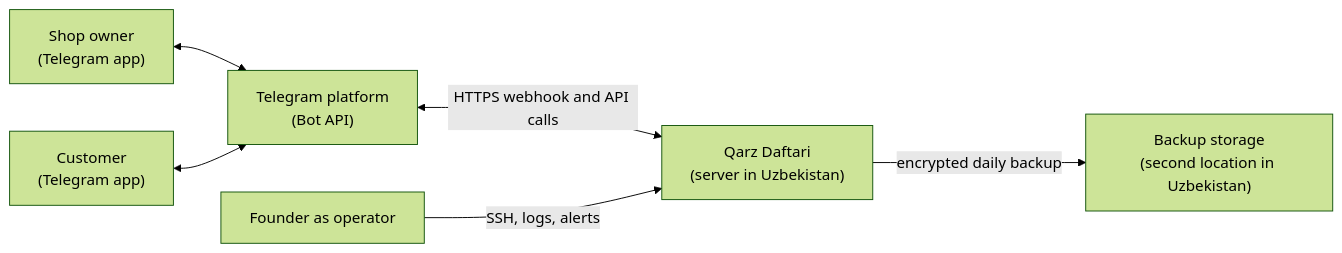
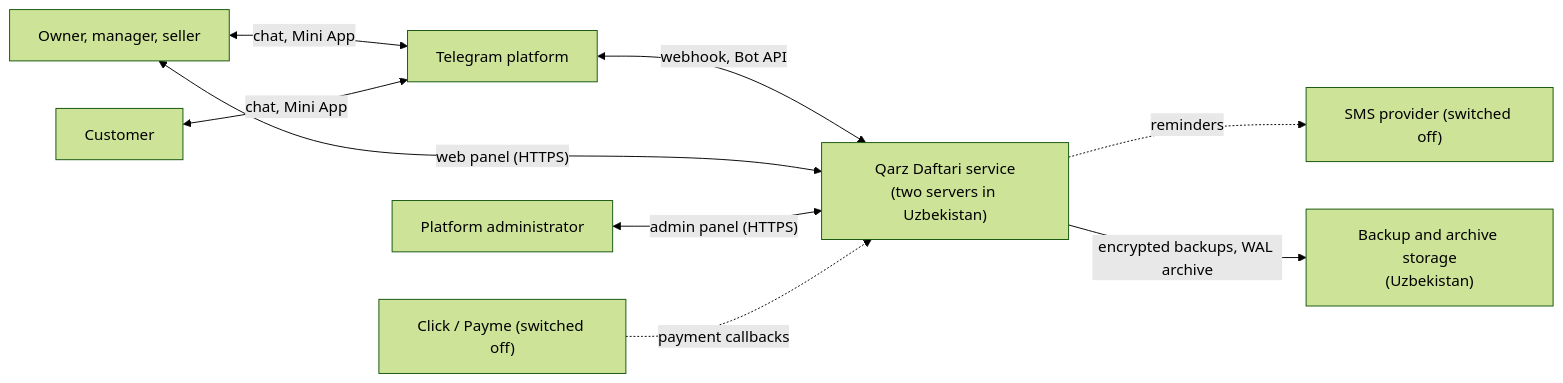
Before and after one commit to menarzullayev/qarz-daftari: the diagram in docs/06-architecture/OUTPUT.md, drawn with Mermaid (forest theme). The commit also changed other lines of this file and 21 other files, not shown here.

````diff
--- a/docs/06-architecture/OUTPUT.md
+++ b/docs/06-architecture/OUTPUT.md
@@ -12,15 +10,20 @@
 ```mermaid
 flowchart LR
-    Owner["Shop owner<br/>(Telegram app)"]
-    Customer["Customer<br/>(Telegram app)"]
-    TG["Telegram platform<br/>(Bot API)"]
-    QD["Qarz Daftari<br/>(server in Uzbekistan)"]
-    Operator["Founder as operator"]
-    Backup["Backup storage<br/>(second location in Uzbekistan)"]
+    Staff["Owner, manager, seller"]
+    Customer["Customer"]
+    Admin["Platform administrator"]
+    TG["Telegram platform"]
+    SMS["SMS provider (switched off)"]
+    Pay["Click / Payme (switched off)"]
+    QD["Qarz Daftari service<br/>(two servers in Uzbekistan)"]
+    Store["Backup and archive storage<br/>(Uzbekistan)"]
 
-    Owner <--> TG
-    Customer <--> TG
-    TG <-->|"HTTPS webhook and API calls"| QD
-    Operator -->|"SSH, logs, alerts"| QD
-    QD -->|"encrypted daily backup"| Backup
+    Staff <-->|"chat, Mini App"| TG
+    Customer <-->|"chat, Mini App"| TG
+    TG <-->|"webhook, Bot API"| QD
+    Staff <-->|"web panel (HTTPS)"| QD
+    Admin <-->|"admin panel (HTTPS)"| QD
+    QD -.->|"reminders"| SMS
+    Pay -.->|"payment callbacks"| QD
+    QD -->|"encrypted backups, WAL archive"| Store
 ```
````
